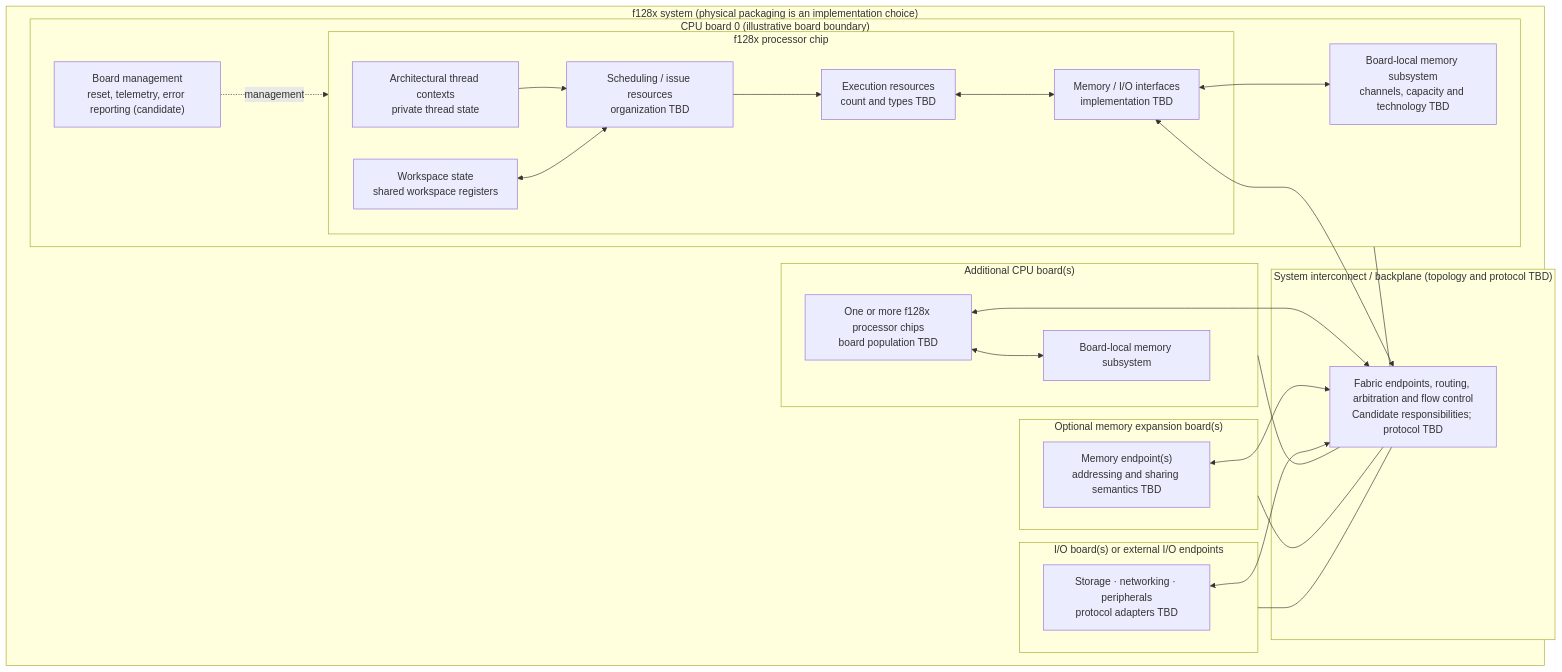
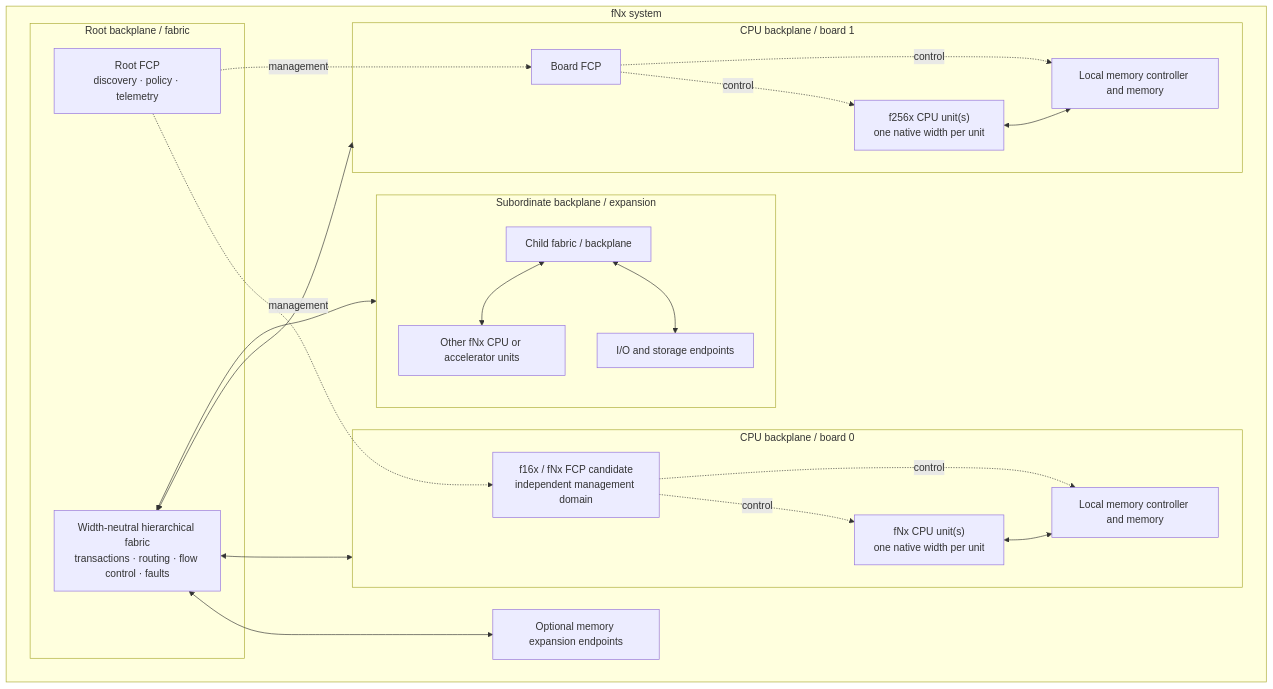
One commit to AI-TwinStream/f128x changed the diagram in docs/architecture/physical-system-block-diagram-0.1.md. Above: the diagram before and after it, drawn with Mermaid. The commit also changed other lines of this file and 42 other files, not shown here.

First line of the commit message:
Establish fNx architecture family and platform research

````diff
--- a/docs/architecture/physical-system-block-diagram-0.1.md
+++ b/docs/architecture/physical-system-block-diagram-0.1.md
@@ -10,49 +10,39 @@
 ```mermaid
 flowchart TB
-    subgraph SYS["f128x system (physical packaging is an implementation choice)"]
-      subgraph BP["System interconnect / backplane (topology and protocol TBD)"]
-        FAB["Fabric endpoints, routing, arbitration and flow control\nCandidate responsibilities; protocol TBD"]
-      end
-
-      subgraph CB0["CPU board 0 (illustrative board boundary)"]
-        subgraph CHIP0["f128x processor chip"]
-          CTX0["Architectural thread contexts\nprivate thread state"]
-          WS0["Workspace state\nshared workspace registers"]
-          SCHED0["Scheduling / issue resources\norganization TBD"]
-          EXEC0["Execution resources\ncount and types TBD"]
-          MEMIF0["Memory / I/O interfaces\nimplementation TBD"]
-          CTX0 --> SCHED0
-          WS0 <--> SCHED0
-          SCHED0 --> EXEC0
-          EXEC0 <--> MEMIF0
-        end
-        LOCAL0["Board-local memory subsystem\nchannels, capacity and technology TBD"]
-        MGMT0["Board management\nreset, telemetry, error reporting (candidate)"]
-        MEMIF0 <--> LOCAL0
-        MEMIF0 <--> FAB
-        MGMT0 -. management .-> CHIP0
-      end
-
-      subgraph CBN["Additional CPU board(s)"]
-        CHIPN["One or more f128x processor chips\nboard population TBD"]
-        LOCALN["Board-local memory subsystem"]
-        CHIPN <--> LOCALN
-        CHIPN <--> FAB
-      end
-
-      subgraph MEM["Optional memory expansion board(s)"]
-        MEMPOOL["Memory endpoint(s)\naddressing and sharing semantics TBD"]
-        MEMPOOL <--> FAB
-      end
-
-      subgraph IO["I/O board(s) or external I/O endpoints"]
-        IOEP["Storage · networking · peripherals\nprotocol adapters TBD"]
-        IOEP <--> FAB
-      end
+  subgraph SYS["fNx system"]
+    subgraph ROOT["Root backplane / fabric"]
+      FAB["Width-neutral hierarchical fabric\ntransactions · routing · flow control · faults"]
+      ROOTFCP["Root FCP\ndiscovery · policy · telemetry"]
     end
-
-    CB0 --- FAB
-    CBN --- FAB
-    MEM --- FAB
-    IO --- FAB
+    subgraph B0["CPU backplane / board 0"]
+      CPU0["fNx CPU unit(s)\none native width per unit"]
+      FCP0["f16x / fNx FCP candidate\nindependent management domain"]
+      MEM0["Local memory controller and memory"]
+      CPU0 <--> MEM0
+      FCP0 -. control .-> CPU0
+      FCP0 -. control .-> MEM0
+    end
+    subgraph B1["CPU backplane / board 1"]
+      CPU1["f256x CPU unit(s)\none native width per unit"]
+      FCP1["Board FCP"]
+      MEM1["Local memory controller and memory"]
+      CPU1 <--> MEM1
+      FCP1 -. control .-> CPU1
+      FCP1 -. control .-> MEM1
+    end
+    subgraph SUB["Subordinate backplane / expansion"]
+      FAB2["Child fabric / backplane"]
+      CPU2["Other fNx CPU or accelerator units"]
+      IO2["I/O and storage endpoints"]
+      FAB2 <--> CPU2
+      FAB2 <--> IO2
+    end
+    MEMX["Optional memory expansion endpoints"]
+    ROOTFCP -. management .-> FCP0
+    ROOTFCP -. management .-> FCP1
+    FAB <--> B0
+    FAB <--> B1
+    FAB <--> SUB
+    FAB <--> MEMX
+  end
 ```
````
